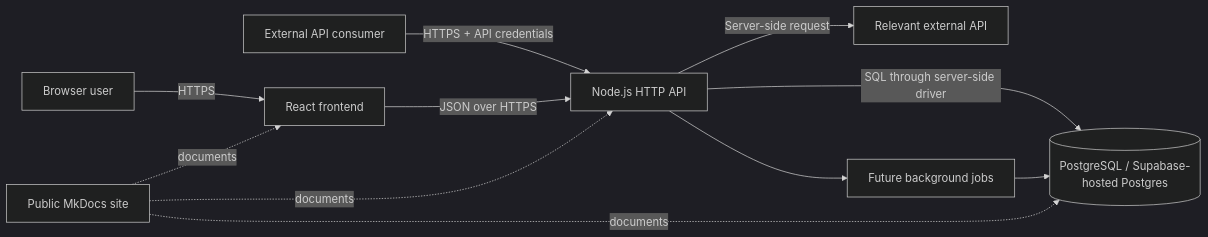
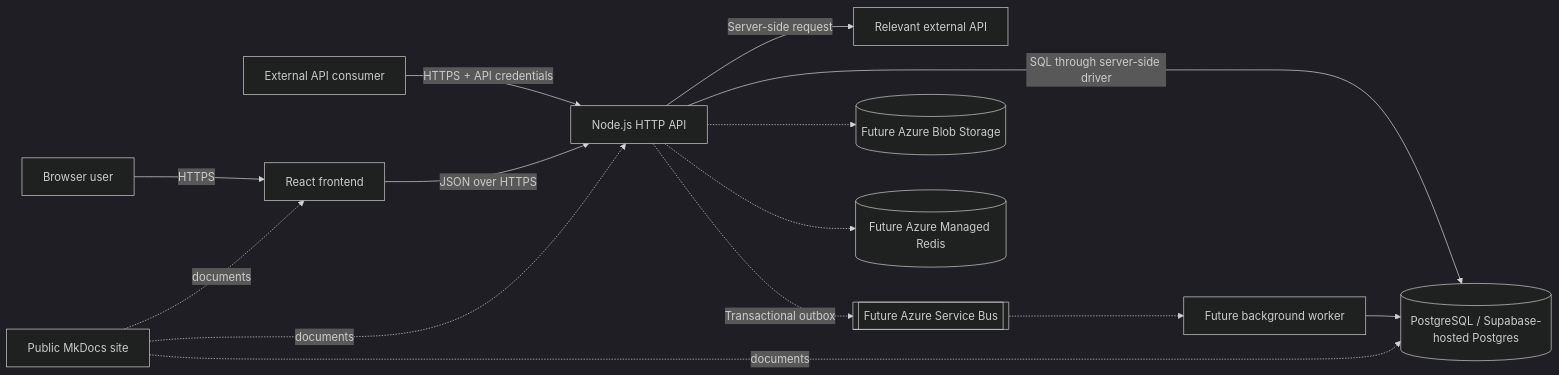
Before and after one commit to NadavSundy/Sport-Analytics-Tool: the diagram in docs/architecture/overview.md, drawn with Mermaid (dark theme). The commit also changed other lines of this file and 5 other files, not shown here.

First line of the commit message:
docs(architecture): record advanced service decisions

````diff
--- a/docs/architecture/overview.md
+++ b/docs/architecture/overview.md
@@ -9,13 +9,16 @@
 ```mermaid
 flowchart LR
     User[Browser user] -->|HTTPS| Frontend[React frontend]
     Consumer[External API consumer] -->|HTTPS + API credentials| API[Node.js HTTP API]
     Frontend -->|JSON over HTTPS| API
     API -->|SQL through server-side driver| DB[(PostgreSQL / Supabase-hosted Postgres)]
     API -->|Server-side request| External[Relevant external API]
-    API --> Worker[Future background jobs]
+    API -.->|Transactional outbox| Queue[[Future Azure Service Bus]]
+    Queue -.-> Worker[Future background worker]
     Worker --> DB
+    API -.-> Files[(Future Azure Blob Storage)]
+    API -.-> Cache[(Future Azure Managed Redis)]
     Docs[Public MkDocs site] -. documents .-> Frontend
     Docs -. documents .-> API
     Docs -. documents .-> DB
 ```
````
